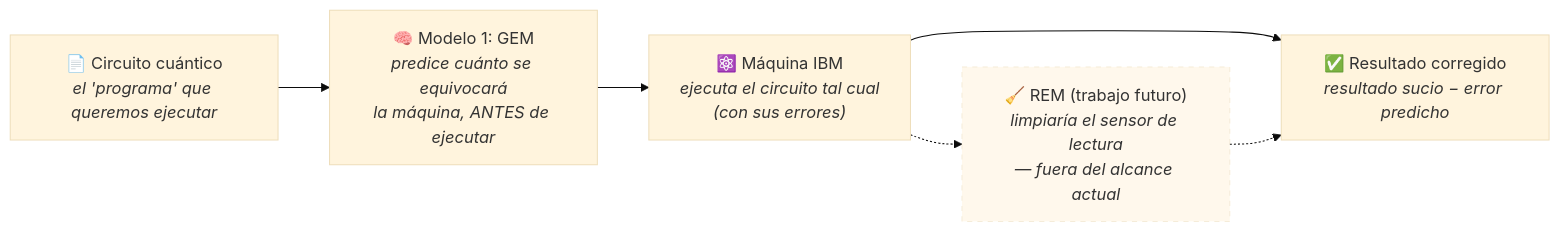
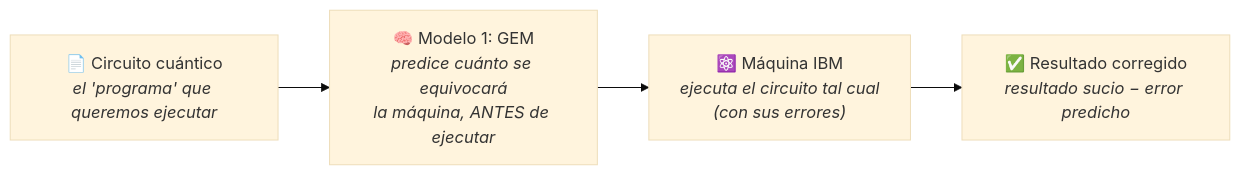
The diagram in GUIA_TUTOR.md (greghgev/Quantum-Noise-Mitigation-with-AI), drawn with Mermaid (base theme) before and after one commit. The commit also changed other lines of this file and 23 other files, not shown here.

First line of the commit message:
Limpieza integral post-cambio de alcance: REM consolidado en IDEAS_FUTURAS, calibración real en todos los docs

````diff
--- a/GUIA_TUTOR.md
+++ b/GUIA_TUTOR.md
@@ -45,14 +45,10 @@
 ```mermaid
 flowchart LR
     A["📄 Circuito cuántico<br/><i>el 'programa' que queremos ejecutar</i>"]
     B["🧠 Modelo 1: GEM<br/><i>predice cuánto se equivocará<br/>la máquina, ANTES de ejecutar</i>"]
     C["⚛️ Máquina IBM<br/><i>ejecuta el circuito tal cual<br/>(con sus errores)</i>"]
-    D["🧹 REM (trabajo futuro)<br/><i>limpiaría el sensor de lectura<br/>— fuera del alcance actual</i>"]
     E["✅ Resultado corregido<br/><i>resultado sucio − error predicho</i>"]
     A --> B
     B --> C
     C --> E
-    C -.-> D
-    D -.-> E
-    style D stroke-dasharray: 5 5,opacity:0.55
 ```
````
